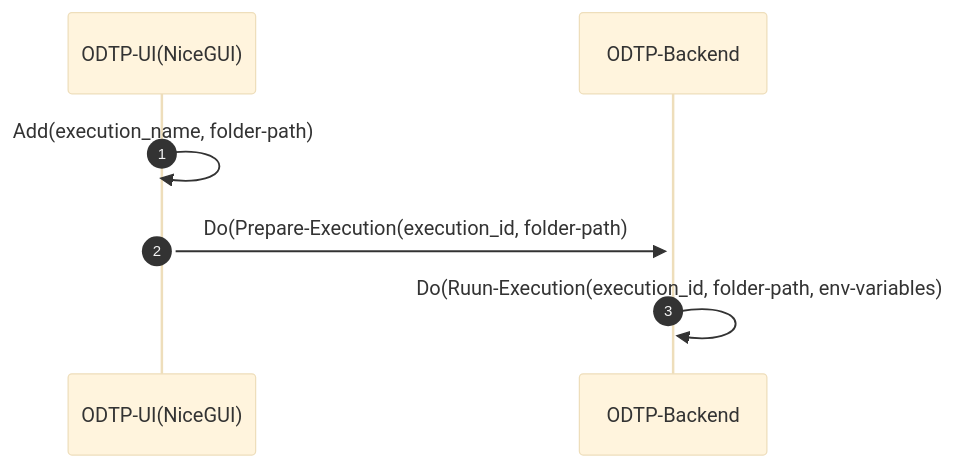
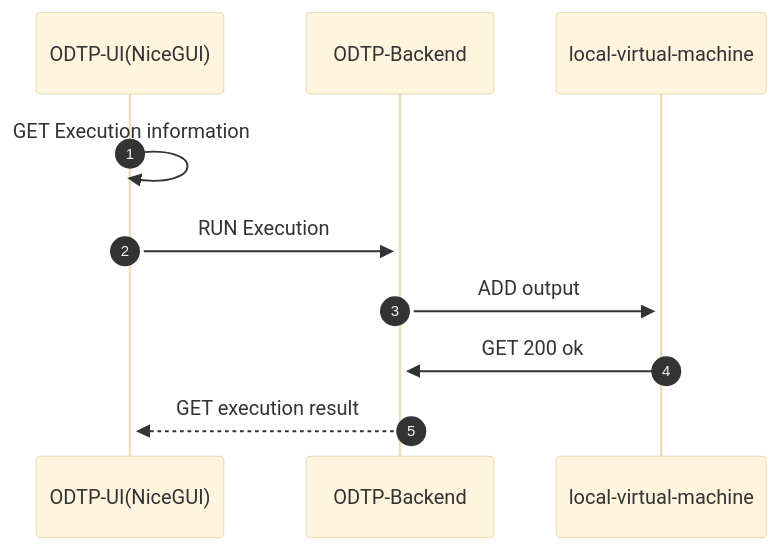
The sixth of 6 diagrams in docs/odtp_diagrams.md (odtp-org/odtp-manuals), drawn with Mermaid (base theme) before and after one commit. The commit also changed other lines of this file, not shown here.

Commit message:
update sequence diagram

````diff
--- a/docs/odtp_diagrams.md
+++ b/docs/odtp_diagrams.md
@@ -87,7 +85,9 @@
 ``` mermaid
 sequenceDiagram
   autonumber
-   ODTP-UI(NiceGUI)->>+ODTP-UI(NiceGUI): Add(execution_name, folder-path)
-   ODTP-UI(NiceGUI)->>+ODTP-Backend: Do(Prepare-Execution(execution_id, folder-path)
-   ODTP-Backend->>+ODTP-Backend: Do(Ruun-Execution(execution_id, folder-path, env-variables)
+   ODTP-UI(NiceGUI)->>+ODTP-UI(NiceGUI): GET Execution information
+   ODTP-UI(NiceGUI)->>+ODTP-Backend: RUN Execution
+   ODTP-Backend->>+local-virtual-machine: ADD output
+   local-virtual-machine->>+ODTP-Backend: GET 200 ok
+   ODTP-Backend-->>+ODTP-UI(NiceGUI): GET execution result
 ```
````
